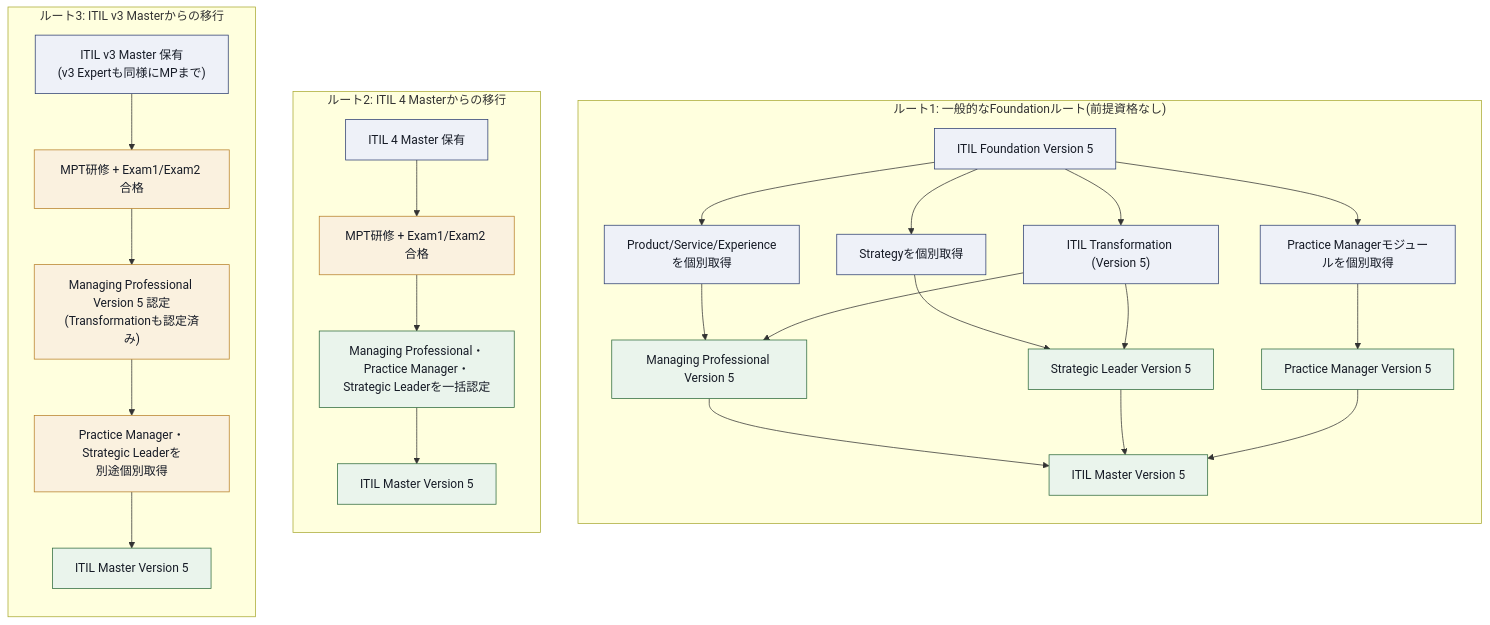
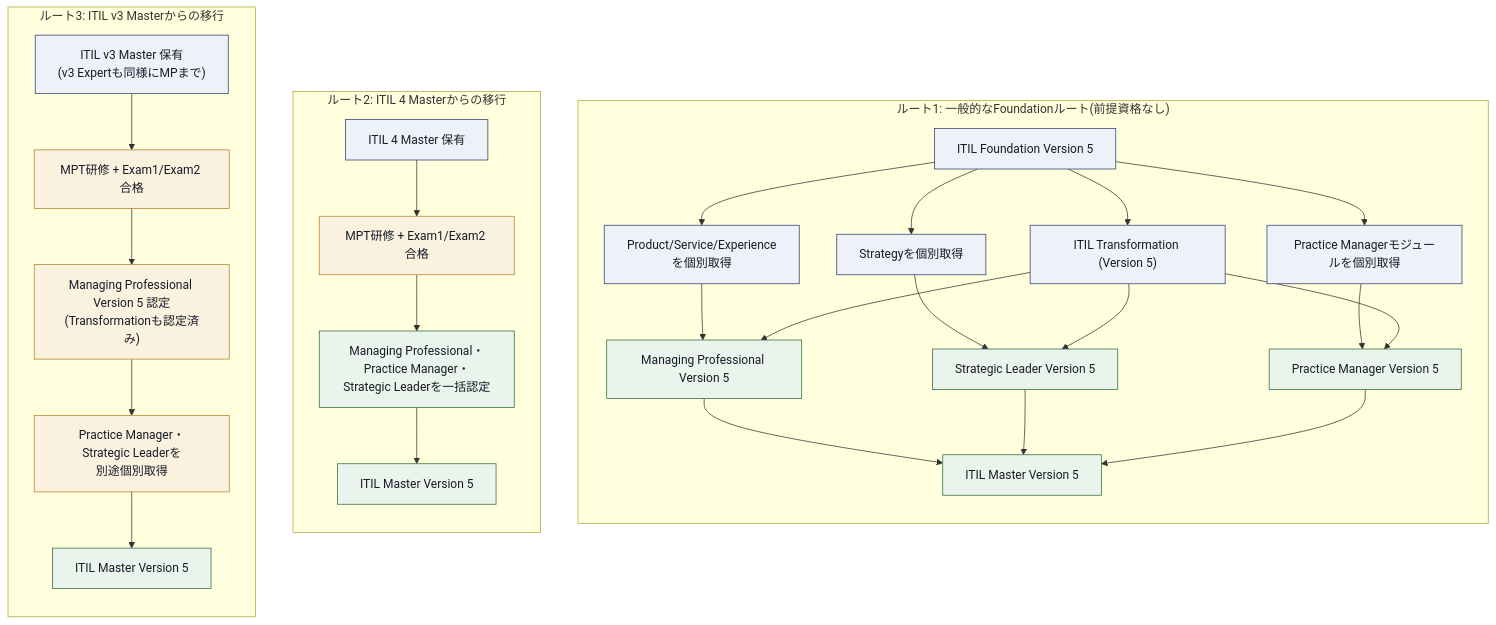
One commit to myoshi2891/Management-Team-Building-Studies changed the first of 9 diagrams in Itil-managing-professional-transition-v5-guide.md. Above: the diagram before and after it, drawn with Mermaid. The commit also changed other lines of this file and 1 other file, not shown here.

````diff
--- a/Itil-managing-professional-transition-v5-guide.md
+++ b/Itil-managing-professional-transition-v5-guide.md
@@ -44,40 +44,41 @@
 ```mermaid
 flowchart TB
     subgraph RouteGeneral["ルート1: 一般的なFoundationルート(前提資格なし)"]
         direction TB
         FG["ITIL Foundation Version 5"] --> FG2["Product/Service/Experienceを個別取得"]
         FG2 --> FG3["Managing Professional Version 5"]
         FG --> FG4["Strategyを個別取得"]
         FG4 --> FG5["Strategic Leader Version 5"]
         FG --> FG6["Practice Managerモジュールを個別取得"]
         FG6 --> FG7["Practice Manager Version 5"]
         FG --> FGT["ITIL Transformation (Version 5)"]
         FGT --> FG3
         FGT --> FG5
+        FGT --> FG7
         FG3 --> FG8["ITIL Master Version 5"]
         FG5 --> FG8
         FG7 --> FG8
     end
 
     subgraph Route4["ルート2: ITIL 4 Masterからの移行"]
         direction TB
         M4["ITIL 4 Master 保有"] --> MPT4["MPT研修 + Exam1/Exam2 合格"]
         MPT4 --> M4R["Managing Professional・Practice Manager・<br/>Strategic Leaderを一括認定"]
         M4R --> M4M["ITIL Master Version 5"]
     end
 
     subgraph RouteV3["ルート3: ITIL v3 Masterからの移行"]
         direction TB
         M3["ITIL v3 Master 保有<br/>(v3 Expertも同様にMPまで)"] --> MPT3["MPT研修 + Exam1/Exam2 合格"]
         MPT3 --> M3R["Managing Professional Version 5 認定<br/>(Transformationも認定済み)"]
         M3R --> M3S["Practice Manager・Strategic Leaderを<br/>別途個別取得"]
         M3S --> M3M["ITIL Master Version 5"]
     end
 
     classDef box fill:#EEF1F8,stroke:#2E3F72,color:#161B26
     classDef hub fill:#FAF1DF,stroke:#B8802A,color:#161B26
     classDef done fill:#EAF4EC,stroke:#2F6B3D,color:#161B26
     class FG,FG2,FG4,FG6,FGT,M4,M3 box
     class MPT4,MPT3,M3R,M3S hub
     class FG3,FG5,FG7,FG8,M4R,M4M,M3M done
 ```
````
